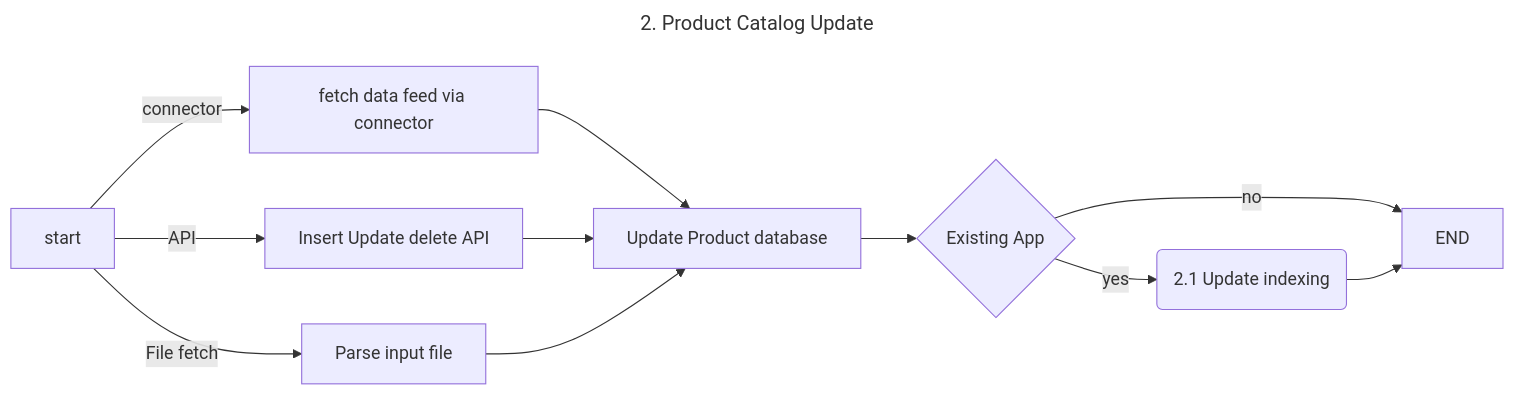
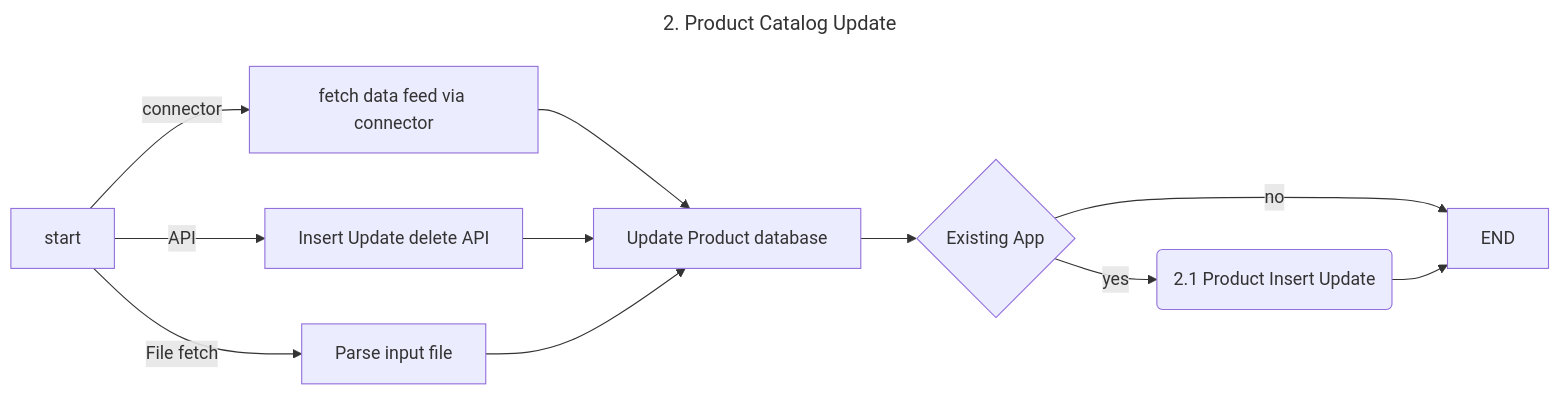
One commit to zchangvs/diagram changed the diagram in 2_0_Product_catalog_update.md. Above: the diagram before and after it, drawn with Mermaid.

````diff
--- a/2_0_Product_catalog_update.md
+++ b/2_0_Product_catalog_update.md
@@ -1,18 +1,18 @@
 ```mermaid
 ---
 title: 2. Product Catalog Update
 ---
 flowchart LR
     ST[start] -- connector --> CON[fetch data feed via connector]
     ST -- API --> AP[Insert Update delete API]
     ST -- File fetch --> FF[Parse input file]
     CON --> UP
     AP --> UP
     FF --> UP[Update Product database]
     UP --> APP{Existing App}
-    APP --> |yes| UI(2.1 Update indexing)
+    APP --> |yes| PIU(2.1 Product Insert Update)
     APP --> |no| ED[END]
-    UI --> ED[END] 
+    PIU --> ED[END] 
 
 
 ```
````
